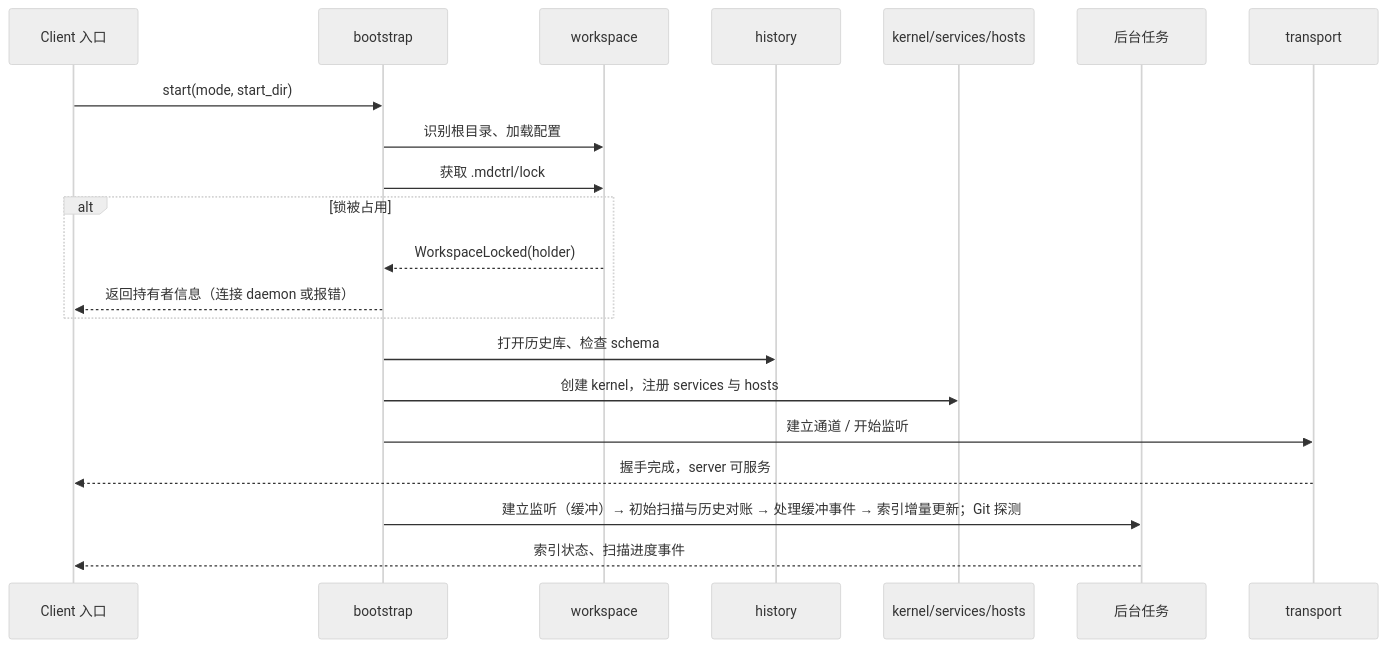
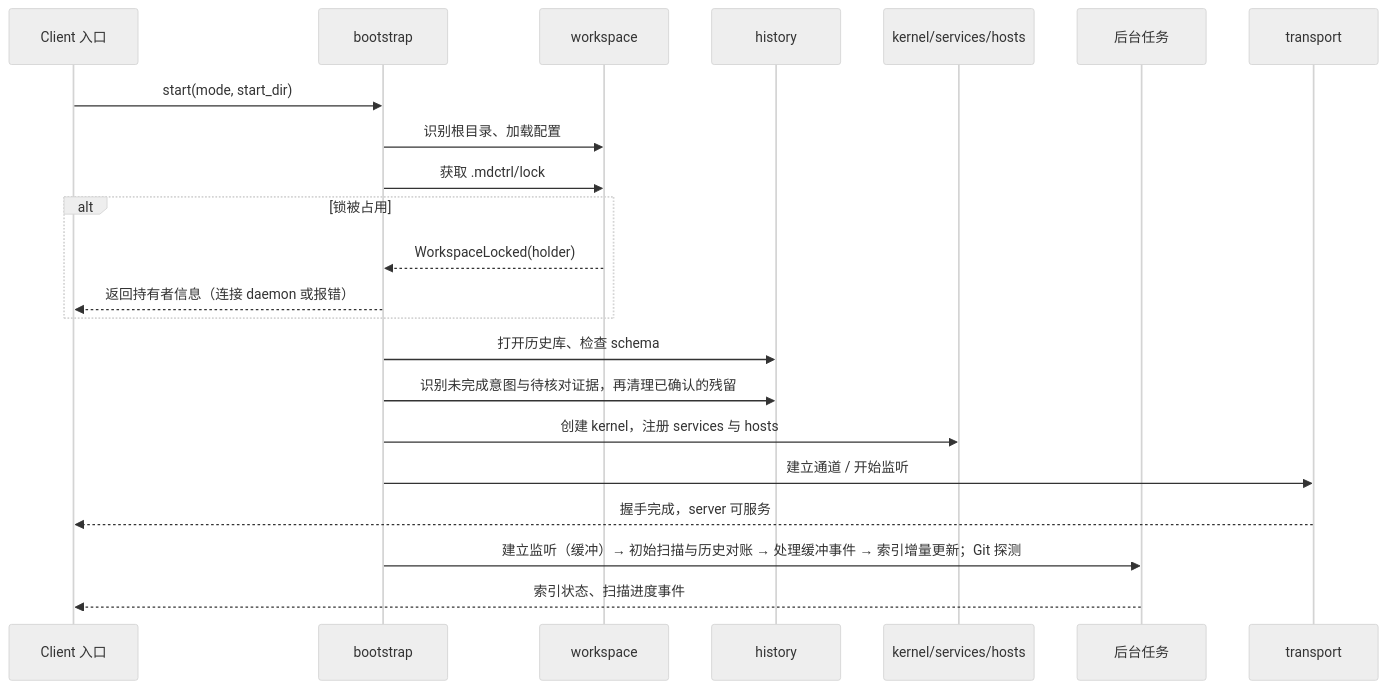
One commit to Field-888/mdctrl changed the second of 2 diagrams in docs/crates/mdctrl-server/README.md. Above: the diagram before and after it, drawn with Mermaid (neutral theme). The commit also changed other lines of this file and 9 other files, not shown here.

````diff
--- a/docs/crates/mdctrl-server/README.md
+++ b/docs/crates/mdctrl-server/README.md
@@ -252,23 +252,24 @@
 ```mermaid
 sequenceDiagram
   participant C as Client 入口
   participant B as bootstrap
   participant W as workspace
   participant H as history
   participant K as kernel/services/hosts
   participant BG as 后台任务
   participant T as transport
   C->>B: start(mode, start_dir)
   B->>W: 识别根目录、加载配置
   B->>W: 获取 .mdctrl/lock
   alt 锁被占用
     W-->>B: WorkspaceLocked(holder)
     B-->>C: 返回持有者信息（连接 daemon 或报错）
   end
   B->>H: 打开历史库、检查 schema
+  B->>H: 识别未完成意图与待核对证据，再清理已确认的残留
   B->>K: 创建 kernel，注册 services 与 hosts
   B->>T: 建立通道 / 开始监听
   T-->>C: 握手完成，server 可服务
   B->>BG: 建立监听（缓冲）→ 初始扫描与历史对账 → 处理缓冲事件 → 索引增量更新；Git 探测
   BG-->>C: 索引状态、扫描进度事件
 ```
````
